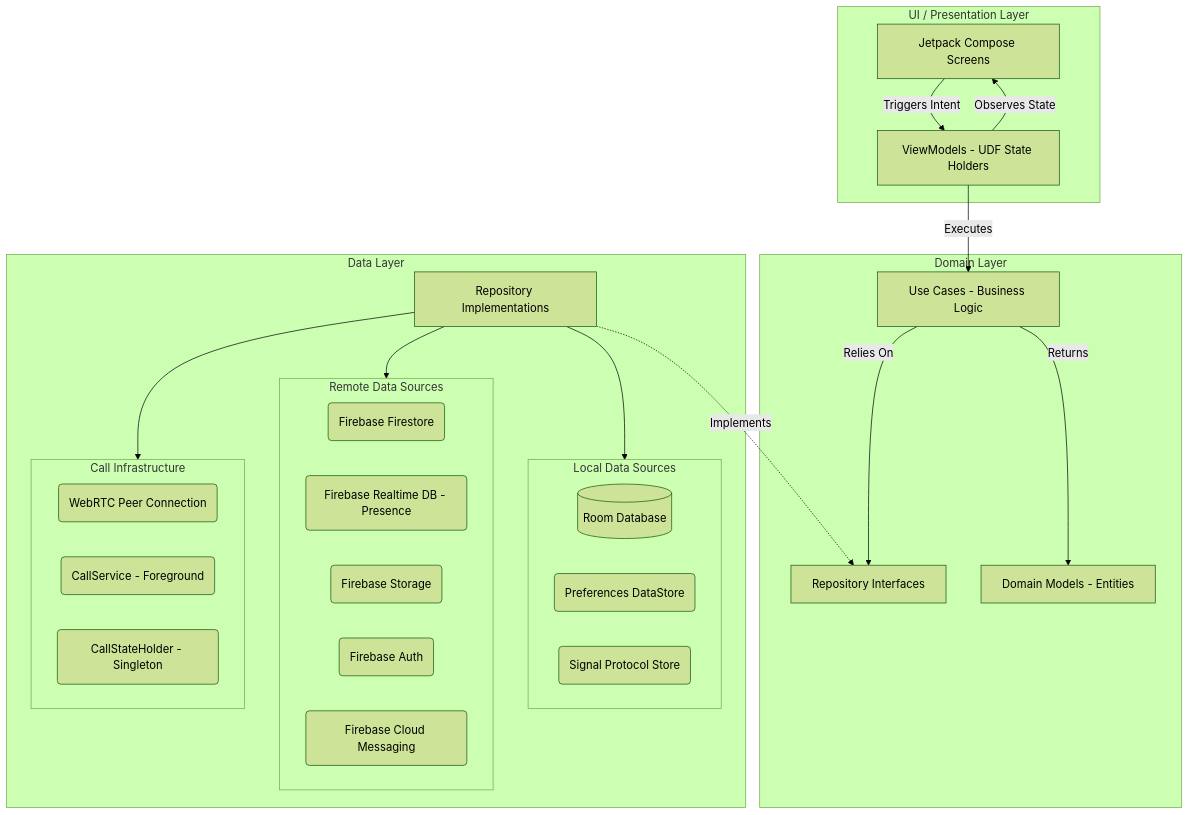
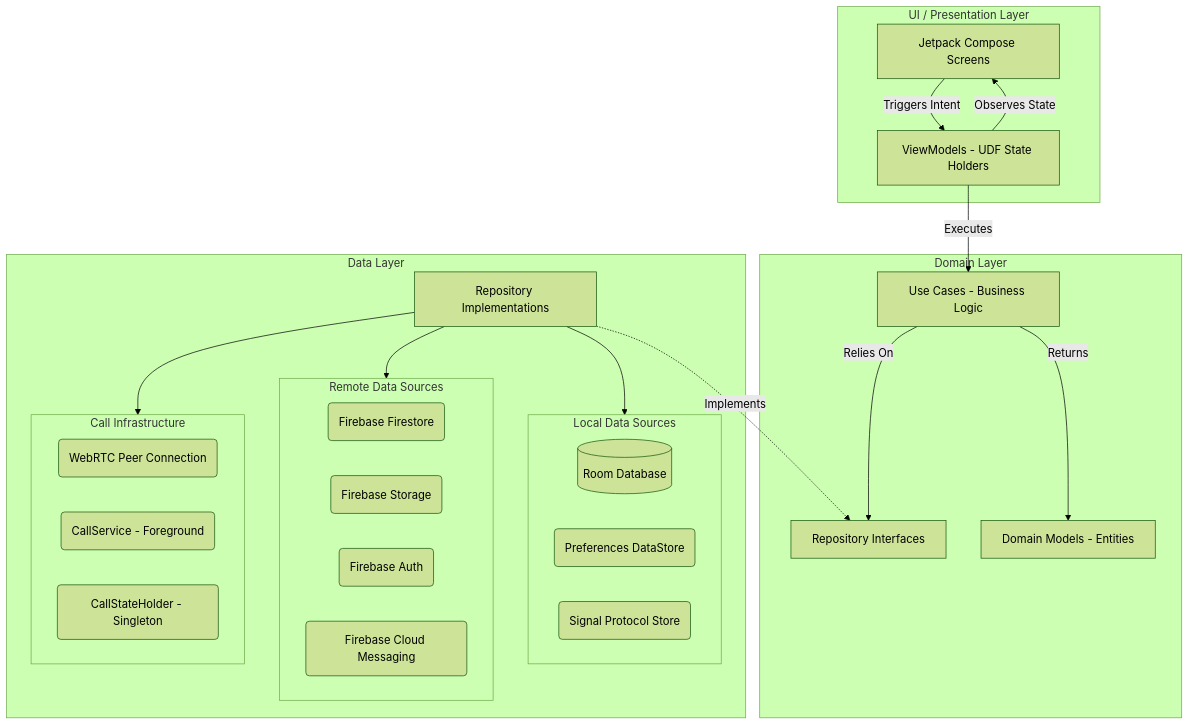
The first of 7 diagrams in docs/ARCHITECTURE.md (gomorra/fire-stream-chat), drawn with Mermaid (forest theme) before and after one commit. The commit also changed other lines of this file, not shown here.

Commit message:
feat: Add HTML mockup for emoji picker panel and update architecture documentation.

````diff
--- a/docs/ARCHITECTURE.md
+++ b/docs/ARCHITECTURE.md
@@ -93,51 +92,50 @@
 ```mermaid
 graph TD
     %% Define Layers
     subgraph UI_Layer [UI / Presentation Layer]
         UI[Jetpack Compose Screens]
         VM[ViewModels - UDF State Holders]
     end
 
     subgraph Domain_Layer [Domain Layer]
         UC[Use Cases - Business Logic]
         repoInt[Repository Interfaces]
         models[Domain Models - Entities]
     end
 
     subgraph Data_Layer [Data Layer]
         repoImpl[Repository Implementations]
 
         subgraph Local_Source [Local Data Sources]
             room[(Room Database)]
             dataStore(Preferences DataStore)
             signalStore(Signal Protocol Store)
         end
 
         subgraph Remote_Source [Remote Data Sources]
             firestore(Firebase Firestore)
-            rtdb(Firebase Realtime DB - Presence)
             storage(Firebase Storage)
             auth(Firebase Auth)
             fcm(Firebase Cloud Messaging)
         end
 
         subgraph Call_Source [Call Infrastructure]
             webrtc(WebRTC Peer Connection)
             callService(CallService - Foreground)
             callState(CallStateHolder - Singleton)
         end
     end
 
     %% Define Relationships
     UI -->|Triggers Intent| VM
     VM -->|Observes State| UI
 
     VM -->|Executes| UC
     UC -->|Relies On| repoInt
     UC -->|Returns| models
 
     repoImpl -. Implements .-> repoInt
     repoImpl --> Local_Source
     repoImpl --> Remote_Source
     repoImpl --> Call_Source
 ```
````
